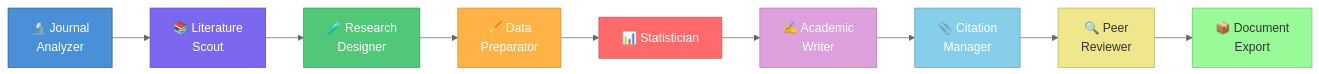
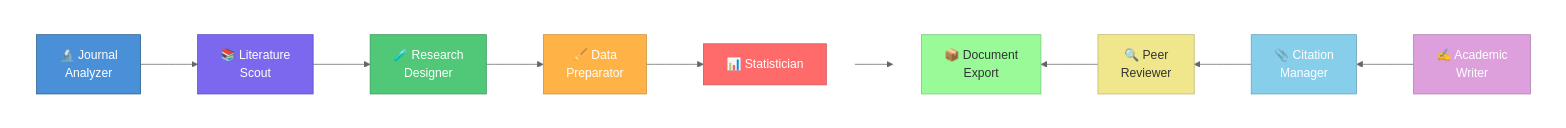
The first of 2 diagrams in README.md (sencersoylu/scholar-flow), drawn with Mermaid (neutral theme) before and after one commit. The commit also changed other lines of this file, not shown here.

Commit message:
docs: split pipeline diagram into two rows with subgraphs
Use flowchart subgraphs to render the 9-agent pipeline in two rows:
Row 1 (L→R): Journal Analyzer → ... → Statistician
Row 2 (R→L): Academic Writer → ... → Document Export
Includes text fallback in collapsible details block.

````diff
--- a/README.md
+++ b/README.md
@@ -41,21 +41,26 @@
 ```mermaid
-graph LR
-    A["🔬 Journal\nAnalyzer"] --> B["📚 Literature\nScout"]
-    B --> C["🧪 Research\nDesigner"]
-    C --> D["🧹 Data\nPreparator"]
-    D --> E["📊 Statistician"]
-    E --> F["✍️ Academic\nWriter"]
-    F --> G["📎 Citation\nManager"]
-    G --> H["🔍 Peer\nReviewer"]
-    H --> I["📦 Document\nExport"]
+flowchart LR
+    subgraph row1[" "]
+        direction LR
+        A["🔬 Journal\nAnalyzer"] --> B["📚 Literature\nScout"] --> C["🧪 Research\nDesigner"] --> D["🧹 Data\nPreparator"] --> E["📊 Statistician"]
+    end
 
+    subgraph row2[" "]
+        direction RL
+        F["✍️ Academic\nWriter"] --> G["📎 Citation\nManager"] --> H["🔍 Peer\nReviewer"] --> I["📦 Document\nExport"]
+    end
+
+    E --> F
+
+    style row1 fill:none,stroke:none
+    style row2 fill:none,stroke:none
     style A fill:#4A90D9,stroke:#2C5F8A,color:#fff
     style B fill:#7B68EE,stroke:#5A4BC7,color:#fff
     style C fill:#50C878,stroke:#3A9A5C,color:#fff
     style D fill:#FFB347,stroke:#CC8E39,color:#fff
     style E fill:#FF6B6B,stroke:#CC5555,color:#fff
     style F fill:#DDA0DD,stroke:#B080B0,color:#fff
     style G fill:#87CEEB,stroke:#6BA3BC,color:#fff
     style H fill:#F0E68C,stroke:#C0B870,color:#333
     style I fill:#98FB98,stroke:#7AC87A,color:#333
 ```
````
